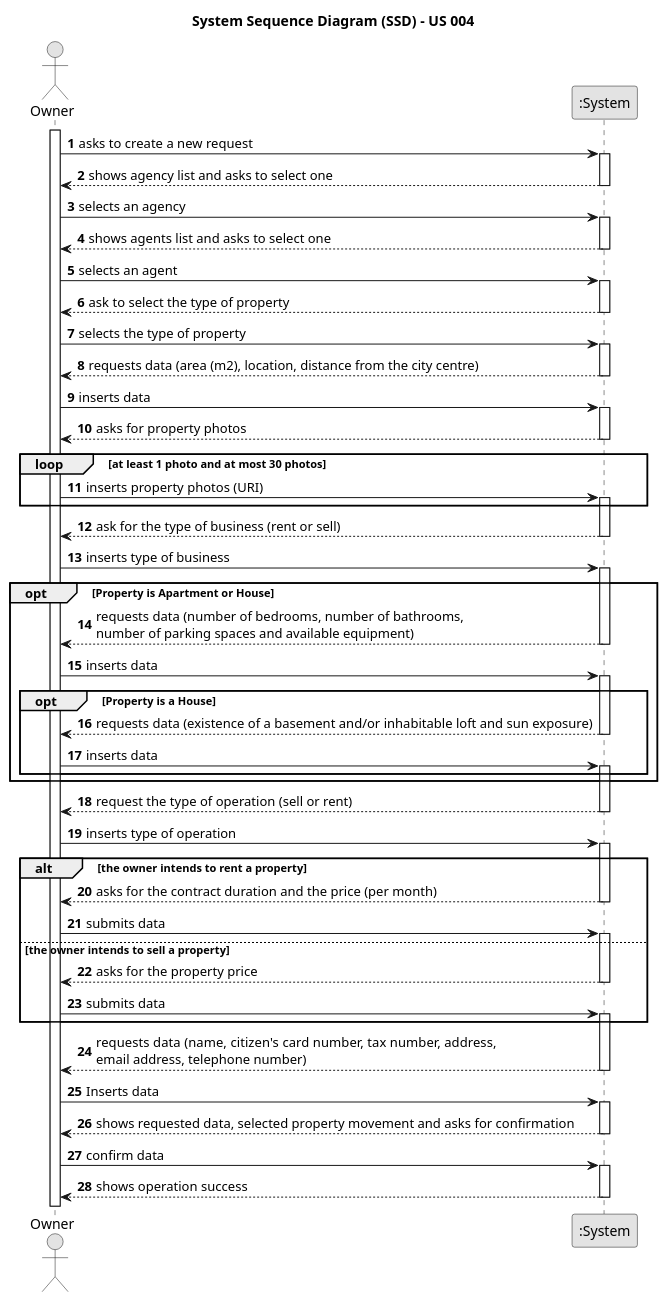
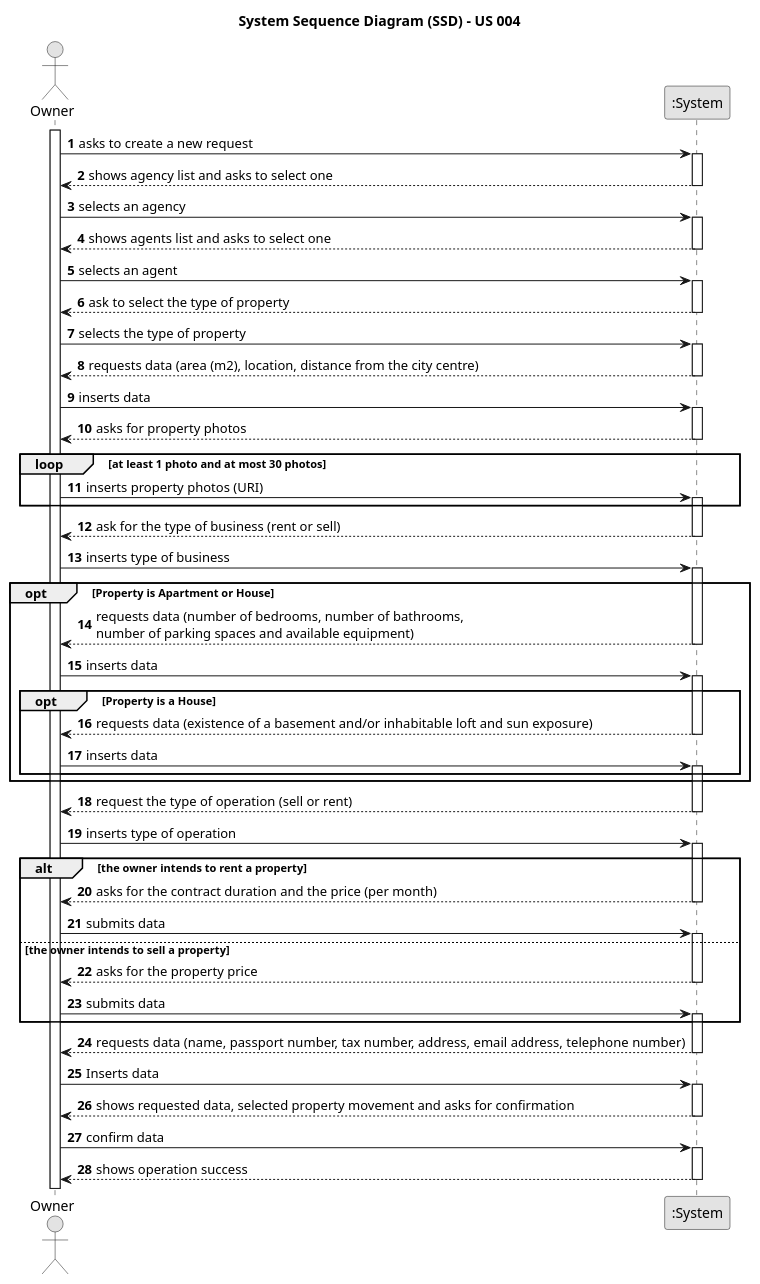
The diagram in docs/sprintB/us004/01.requirements-engineering/puml/us004-system-sequence-diagram.puml (1220812/LAPR2), drawn with PlantUML before and after one commit. The commit also changed 8 other files, not shown here.

```diff
--- a/docs/sprintB/us004/01.requirements-engineering/puml/us004-system-sequence-diagram.puml
+++ b/docs/sprintB/us004/01.requirements-engineering/puml/us004-system-sequence-diagram.puml
@@ -1,124 +1,124 @@
 @startuml
 skinparam monochrome true
 skinparam packageStyle rectangle
 skinparam shadowing false
 
 title System Sequence Diagram (SSD) - US 004
 
 autonumber
 
 actor "Owner" as Owner
 participant ":System" as System
 
 activate Owner
 
     Owner -> System : asks to create a new request
     activate System
 
         System --> Owner : shows agency list and asks to select one
     deactivate System
 
     Owner -> System : selects an agency
     activate System
 
         System --> Owner : shows agents list and asks to select one
     deactivate System
 
     Owner -> System : selects an agent
     activate System
 
 
         System --> Owner : ask to select the type of property
     deactivate System
 
     Owner -> System : selects the type of property
 
         activate System
 
         System --> Owner : requests data (area (m2), location, distance from the city centre)
 
     deactivate System
 
     Owner -> System : inserts data
 
     activate System
 
     System --> Owner : asks for property photos
     deactivate System
 
     loop at least 1 photo and at most 30 photos
 
     Owner -> System : inserts property photos (URI)
     activate System
 
     end
 
     System --> Owner : ask for the type of business (rent or sell)
     deactivate System
 
 
     Owner -> System : inserts type of business
    activate System
 
     opt Property is Apartment or House
 
         System --> Owner : requests data (number of bedrooms, number of bathrooms, \nnumber of parking spaces and available equipment)
 
     deactivate System
 
     Owner -> System : inserts data
     activate System
 
     opt Property is a House
 
          System --> Owner : requests data (existence of a basement and/or inhabitable loft and sun exposure)
     deactivate System
 
     Owner -> System : inserts data
     activate System
 
     end
 
     end
 
     System --> Owner : request the type of operation (sell or rent)
     deactivate System
 
     Owner -> System : inserts type of operation
 
     alt the owner intends to rent a property
     activate System
 
     System --> Owner : asks for the contract duration and the price (per month)
     deactivate System
 
     Owner -> System : submits data
     activate System
 
     else the owner intends to sell a property
     System --> Owner : asks for the property price
 
     deactivate System
 
     Owner -> System : submits data
     activate System
 
     end
 
-          System --> Owner : requests data (name, citizen's card number, tax number, address, \nemail address, telephone number)
+          System --> Owner : requests data (name, passport number, tax number, address, email address, telephone number)
     deactivate System
 
     Owner -> System : Inserts data
     activate System
 
            System --> Owner : shows requested data, selected property movement and asks for confirmation
 
     deactivate System
 
     Owner -> System : confirm data
     activate System
 
             System --> Owner : shows operation success
     deactivate System
 
 @enduml
```
